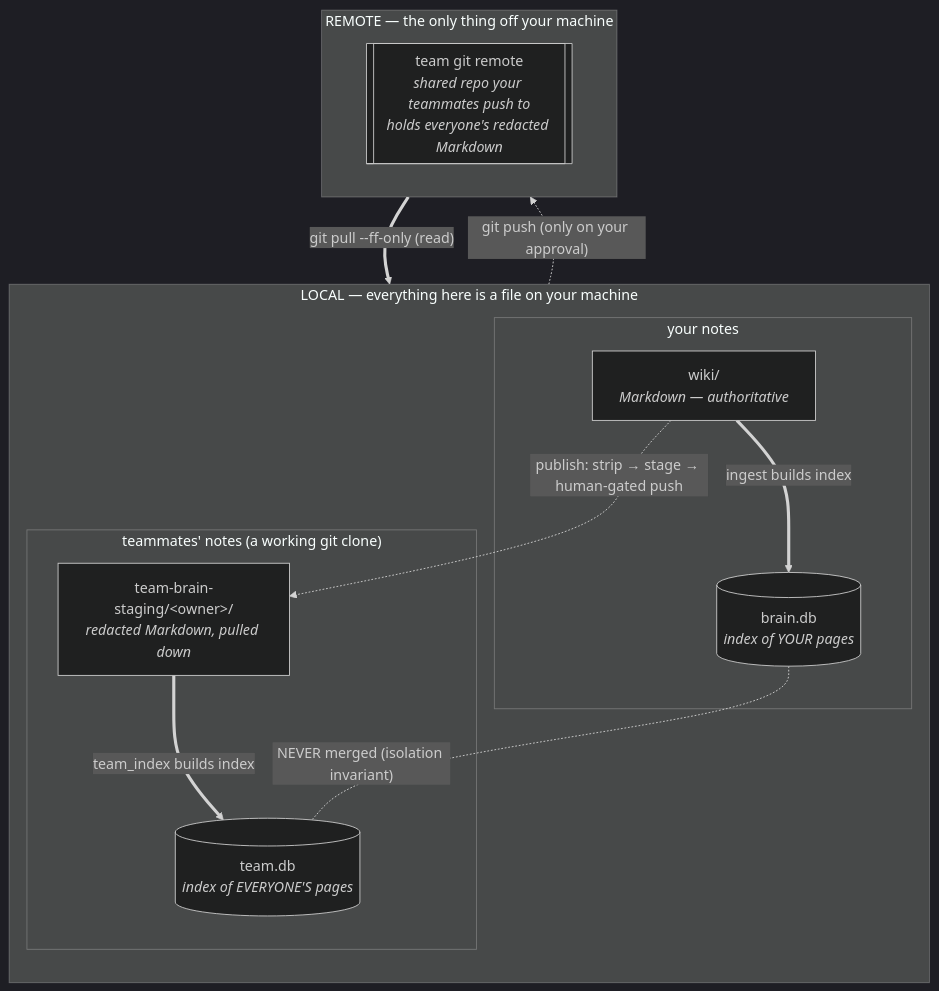
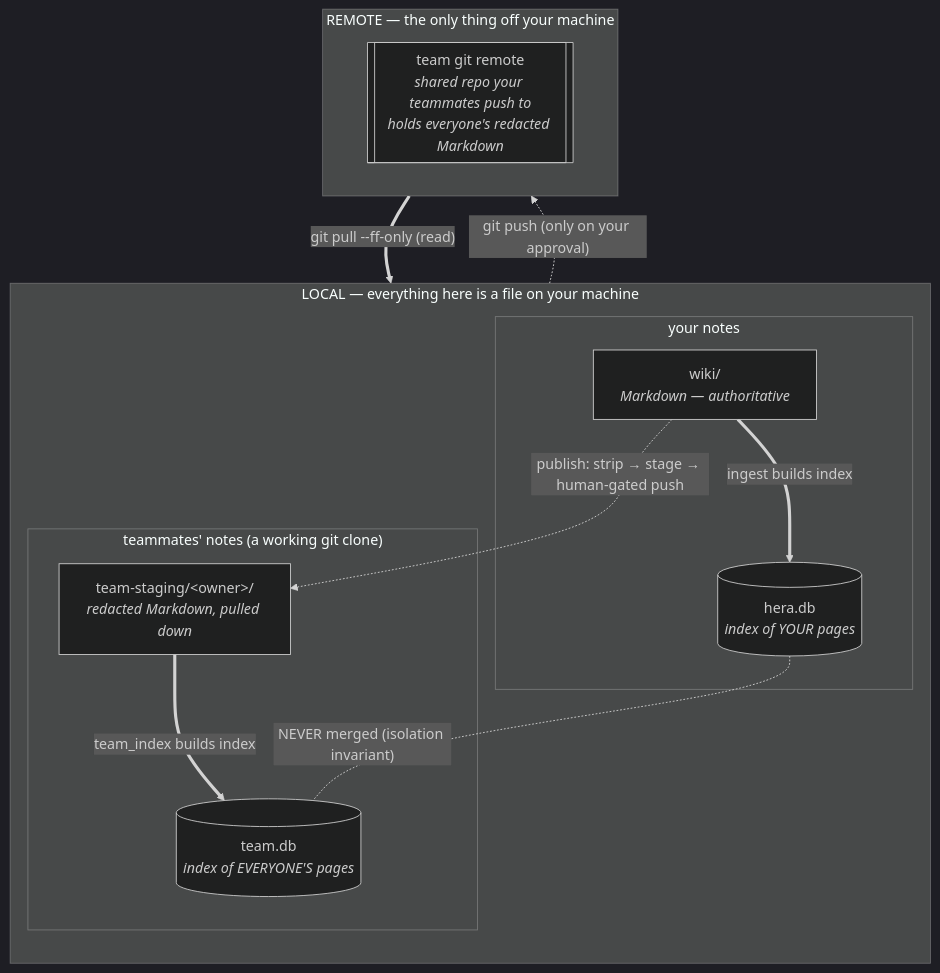
Before and after one commit to randyren278/hera: the second of 3 diagrams in docs/RETRIEVAL.md, drawn with Mermaid (dark theme). The commit also changed other lines of this file and 125 other files, not shown here.

First line of the commit message:
refactor: rename everything brain -> hera

````diff
--- a/docs/RETRIEVAL.md
+++ b/docs/RETRIEVAL.md
@@ -51,29 +51,29 @@
 ```mermaid
 flowchart TD
   subgraph local["LOCAL — everything here is a file on your machine"]
     direction TB
 
     subgraph mine["your notes"]
       WIKI["wiki/<br><i>Markdown — authoritative</i>"]
-      BDB[("brain.db<br><i>index of YOUR pages</i>")]
+      BDB[("hera.db<br><i>index of YOUR pages</i>")]
     end
 
     subgraph theirs["teammates' notes (a working git clone)"]
-      STAGE["team-brain-staging/&lt;owner&gt;/<br><i>redacted Markdown, pulled down</i>"]
+      STAGE["team-staging/&lt;owner&gt;/<br><i>redacted Markdown, pulled down</i>"]
       TDB[("team.db<br><i>index of EVERYONE'S pages</i>")]
     end
 
     WIKI ==>|"ingest builds index"| BDB
     STAGE ==>|"team_index builds index"| TDB
     BDB -. "NEVER merged (isolation invariant)" .- TDB
   end
 
   subgraph remotezone["REMOTE — the only thing off your machine"]
     direction TB
     REMOTE[["team git remote<br><i>shared repo your teammates push to</i><br><i>holds everyone's redacted Markdown</i>"]]
   end
 
   WIKI -. "publish: strip → stage → human-gated push" .-> STAGE
   REMOTE == "git pull --ff-only (read)" ==> STAGE
   STAGE -. "git push (only on your approval)" .-> REMOTE
 ```
````
